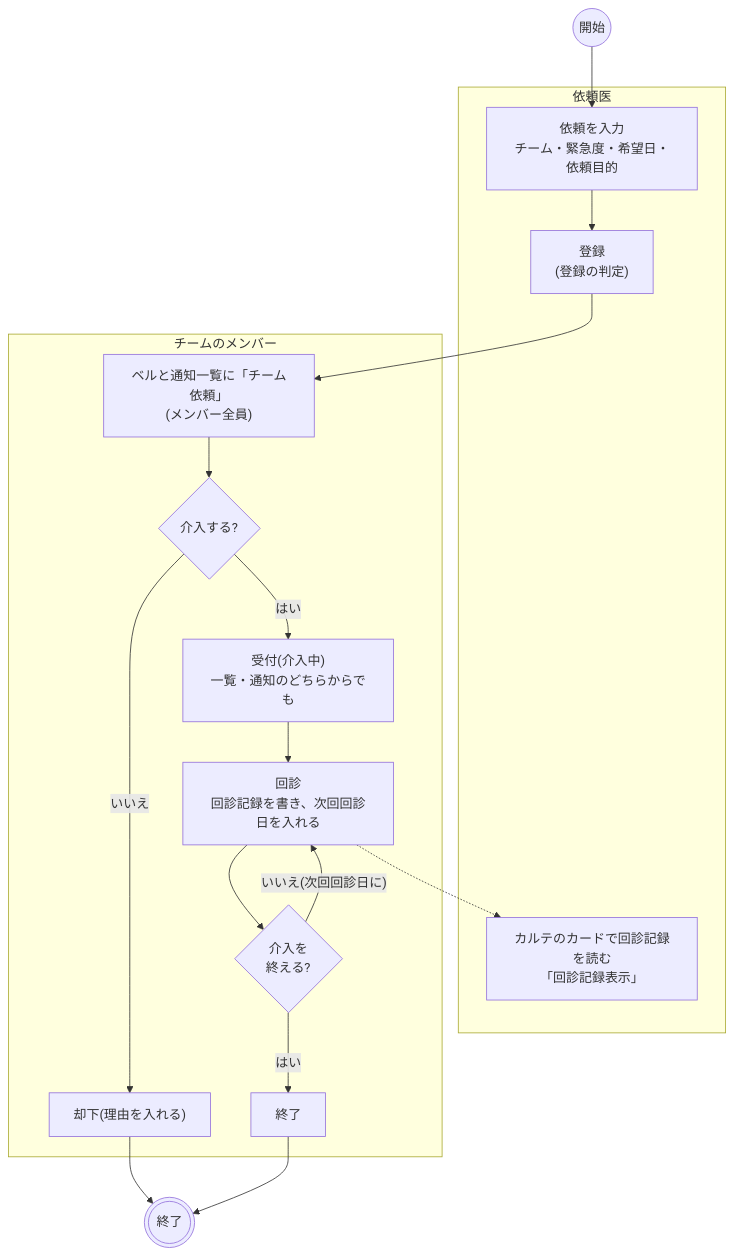
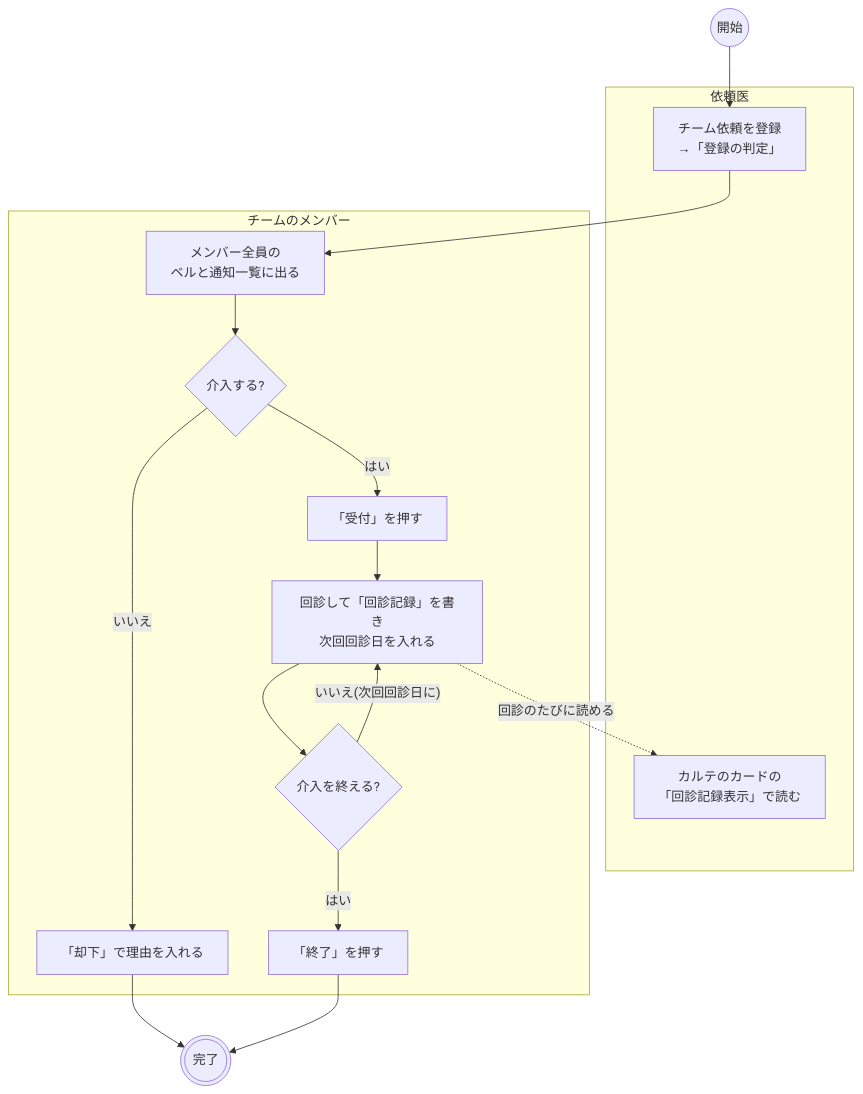
Before and after one commit to ysnr-dev/fhir-client-docs: the second of 6 diagrams in docs/flows/consult-team.md, drawn with Mermaid. The commit also changed other lines of this file and 43 other files, not shown here.

Commit message:
docs: 業務フローとシーケンス図を写し直し

````diff
--- a/docs/flows/consult-team.md
+++ b/docs/flows/consult-team.md
@@ -92,28 +57,27 @@
 ```mermaid
 flowchart TD
   start(("開始"))
-  finish((("終了")))
+  finish((("完了")))
 
   subgraph doctor["依頼医"]
-    input["依頼を入力<br/>チーム・緊急度・希望日・依頼目的"]
-    register["登録<br/>(登録の判定)"]
-    read["カルテのカードで回診記録を読む<br/>「回診記録表示」"]
+    input["チーム依頼を登録<br/>→「登録の判定」"]
+    read["カルテのカードの<br/>「回診記録表示」で読む"]
   end
 
   subgraph team["チームのメンバー"]
-    bell["ベルと通知一覧に「チーム依頼」<br/>(メンバー全員)"]
+    bell["メンバー全員の<br/>ベルと通知一覧に出る"]
     need{"介入する?"}
-    reject["却下(理由を入れる)"]
-    accept["受付(介入中)<br/>一覧・通知のどちらからでも"]
-    round["回診<br/>回診記録を書き、次回回診日を入れる"]
-    goal{"介入を<br/>終える?"}
-    close["終了"]
+    reject["「却下」で理由を入れる"]
+    accept["「受付」を押す"]
+    round["回診して「回診記録」を書き<br/>次回回診日を入れる"]
+    goal{"介入を終える?"}
+    close["「終了」を押す"]
   end
 
-  start --> input --> register --> bell --> need
+  start --> input --> bell --> need
   need -- "いいえ" --> reject --> finish
   need -- "はい" --> accept --> round --> goal
   goal -- "いいえ(次回回診日に)" --> round
   goal -- "はい" --> close --> finish
-  round -.-> read
+  round -. "回診のたびに読める" .-> read
 ```
````
